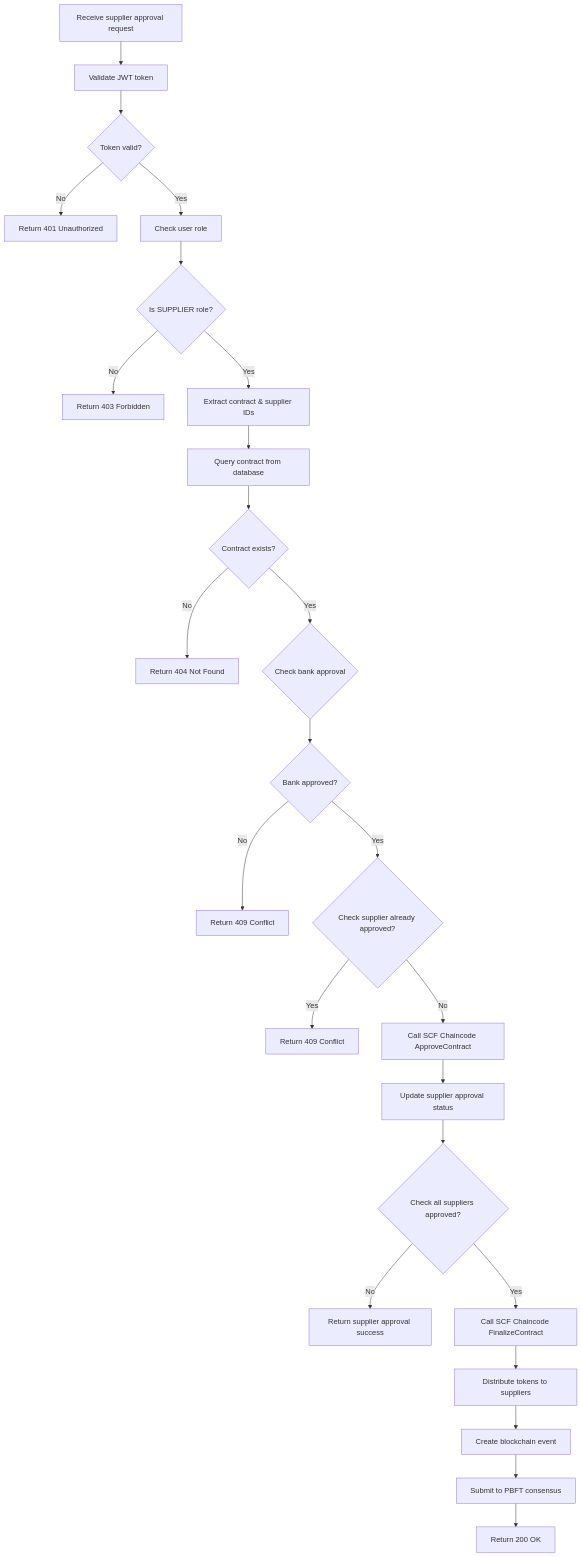
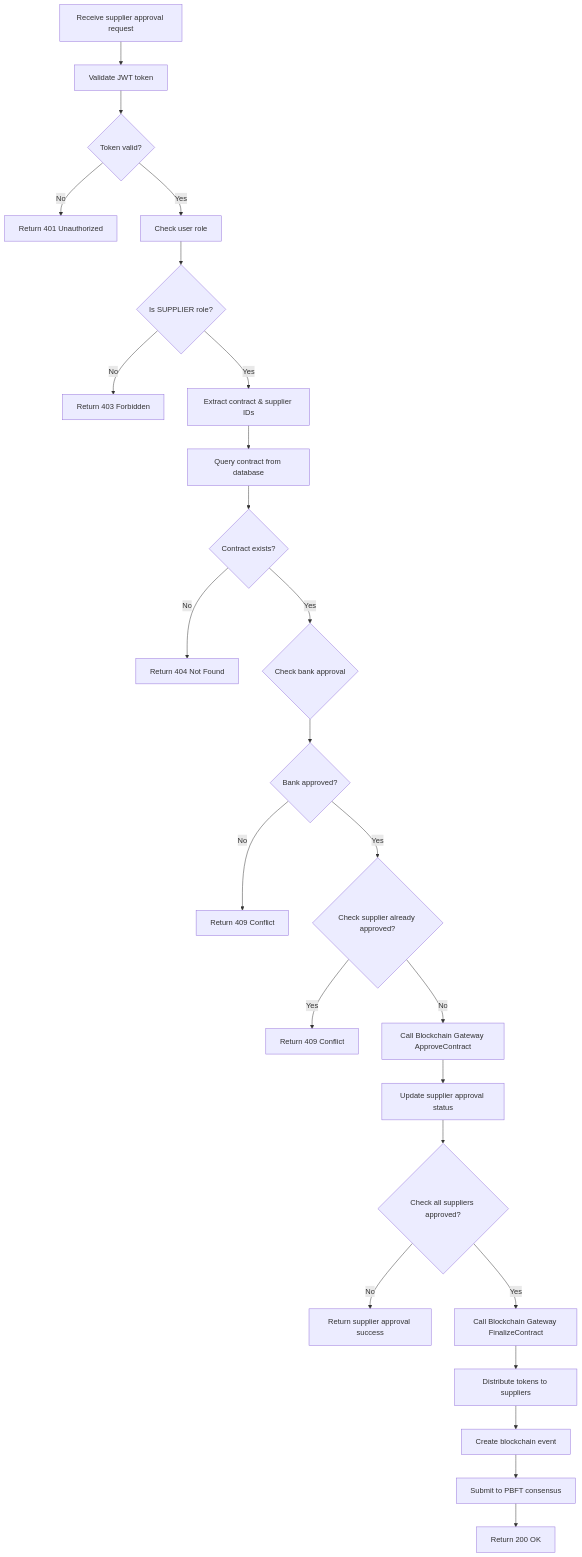
Before and after one commit to trunghc97/blockchain: diagram 14 of 25 in System_Design_Document.md, drawn with Mermaid. The commit also changed other lines of this file and 1 other file, not shown here.

````diff
--- a/System_Design_Document.md
+++ b/System_Design_Document.md
@@ -1082,27 +1510,27 @@
 ```mermaid
 flowchart TD
     A[Receive supplier approval request] --> B[Validate JWT token]
     B --> C{Token valid?}
     C -->|No| D[Return 401 Unauthorized]
     C -->|Yes| E[Check user role]
     E --> F{Is SUPPLIER role?}
     F -->|No| G[Return 403 Forbidden]
     F -->|Yes| H[Extract contract & supplier IDs]
     H --> I[Query contract from database]
     I --> J{Contract exists?}
     J -->|No| K[Return 404 Not Found]
     J -->|Yes| L{Check bank approval}
     L --> M{Bank approved?}
     M -->|No| N[Return 409 Conflict]
     M -->|Yes| O{Check supplier already approved?}
     O -->|Yes| P[Return 409 Conflict]
-    O -->|No| Q[Call SCF Chaincode ApproveContract]
+    O -->|No| Q[Call Blockchain Gateway ApproveContract]
     Q --> R[Update supplier approval status]
     R --> S{Check all suppliers approved?}
     S -->|No| T[Return supplier approval success]
-    S -->|Yes| U[Call SCF Chaincode FinalizeContract]
+    S -->|Yes| U[Call Blockchain Gateway FinalizeContract]
     U --> V[Distribute tokens to suppliers]
     V --> W[Create blockchain event]
     W --> X[Submit to PBFT consensus]
     X --> Y[Return 200 OK]
 ```
````
